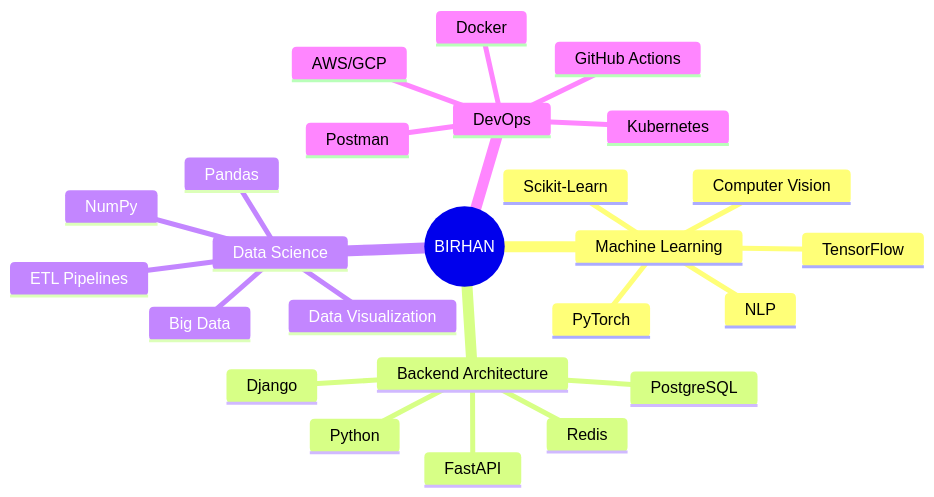
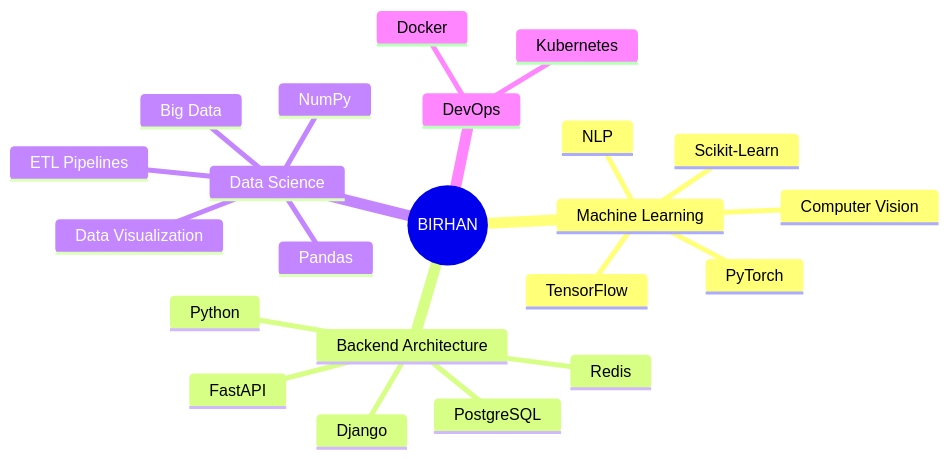
Before and after one commit to Birhan121994/Birhan121994: the diagram in README.md, drawn with Mermaid. The commit also changed other lines of this file, not shown here.

````diff
--- a/README.md
+++ b/README.md
@@ -69,28 +100,25 @@
 ```mermaid
 mindmap
   root((BIRHAN))
     Machine Learning
       TensorFlow
       PyTorch
       Scikit-Learn
       Computer Vision
       NLP
     Backend Architecture
       Python
       Django
       FastAPI
       PostgreSQL
       Redis
     Data Science
       Pandas
       NumPy
       Data Visualization
       ETL Pipelines
       Big Data
     DevOps
       Docker
       Kubernetes
-      GitHub Actions
-      AWS/GCP
-      Postman
 ```
````
